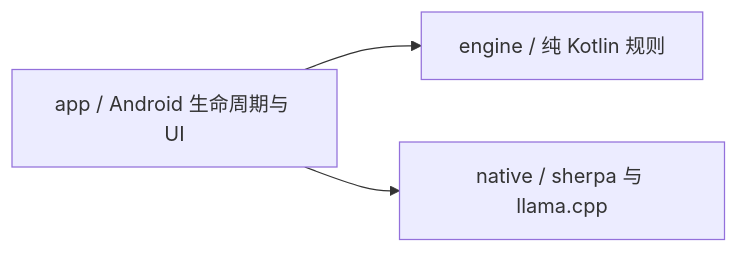
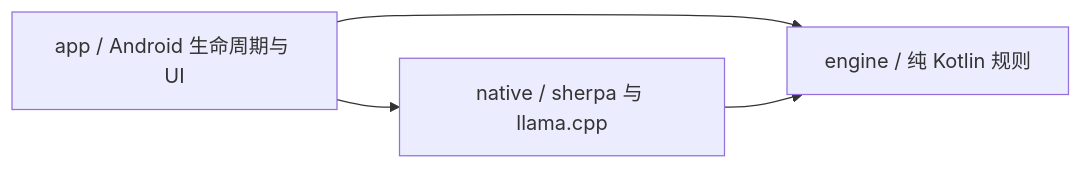
Before and after one commit to CodeBoy2006/CaptionGlass: the first of 2 diagrams in docs/architecture.md, drawn with Mermaid. The commit also changed other lines of this file and 29 other files, not shown here.

````diff
--- a/docs/architecture.md
+++ b/docs/architecture.md
@@ -11,5 +11,6 @@
 ```mermaid
 flowchart LR
     app[app / Android 生命周期与 UI] --> engine[engine / 纯 Kotlin 规则]
     app --> native[native / sherpa 与 llama.cpp]
+    native --> engine
 ```
````
